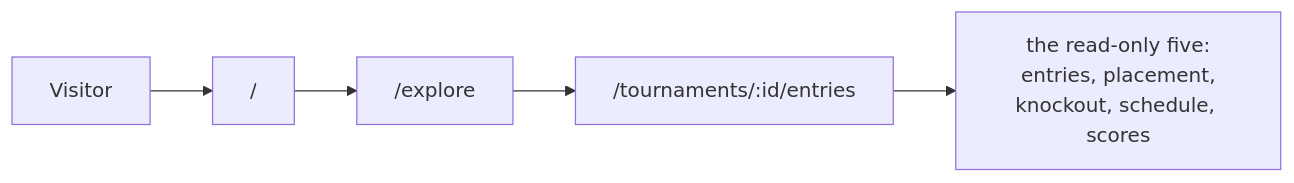
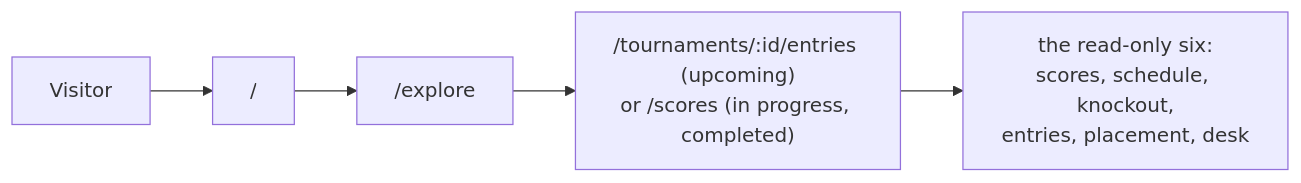
One commit to nhphuong2504/shuttle-scheduler changed the first of 2 diagrams in docs/information-architecture.md. Above: the diagram before and after it, drawn with Mermaid. The commit also changed other lines of this file and 8 other files, not shown here.

````diff
--- a/docs/information-architecture.md
+++ b/docs/information-architecture.md
@@ -149,7 +155,7 @@
 ```mermaid
 flowchart LR
   visitor["Visitor"] --> landing["/" ]
   landing --> explore["/explore"]
-  explore --> card["/tournaments/:id/entries"]
-  card --> sections["the read-only five:<br/>entries, placement,<br/>knockout, schedule, scores"]
+  explore --> card["/tournaments/:id/entries (upcoming)<br/>or /scores (in progress, completed)"]
+  card --> sections["the read-only six:<br/>scores, schedule, knockout,<br/>entries, placement, desk"]
 ```
````
